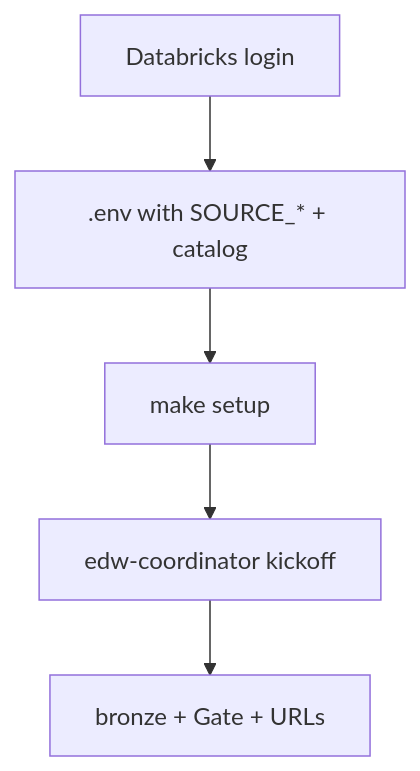
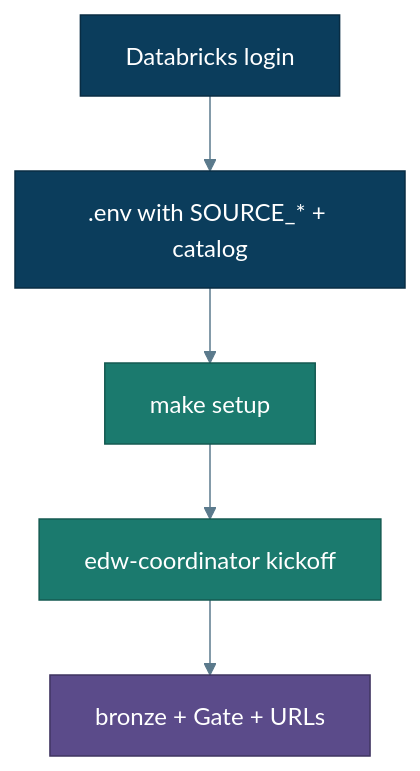
Before and after one commit to Jericho2010/edwmigration: the first of 2 diagrams in docs/your-database.md, drawn with Mermaid. The commit also changed other lines of this file and 25 other files, not shown here.

First line of the commit message:
Add enterprise SoD docs, themed diagrams, glossary, and Cursor UI guide.

````diff
--- a/docs/your-database.md
+++ b/docs/your-database.md
@@ -9,7 +9,14 @@
 ```mermaid
+%%{init: {"theme":"base","themeVariables":{"primaryColor":"#E8F1F8","primaryTextColor":"#0B3D5C","primaryBorderColor":"#0B3D5C","lineColor":"#5B7A8C","secondaryColor":"#E6F4F1","tertiaryColor":"#F7F3EA","background":"#FFFFFF","mainBkg":"#E8F1F8","clusterBkg":"#F7FAFC","clusterBorder":"#5B7A8C","titleColor":"#0B3D5C","edgeLabelBackground":"#FFFFFF"}}}%%
 flowchart TD
   Auth[Databricks login] --> Env[.env with SOURCE_* + catalog]
   Env --> Setup[make setup]
   Setup --> Agent[edw-coordinator kickoff]
   Agent --> Out[bronze + Gate + URLs]
+  classDef user fill:#0B3D5C,stroke:#082C43,color:#fff
+  classDef agent fill:#1B7A6E,stroke:#145A51,color:#fff
+  classDef ops fill:#5B4B8A,stroke:#3F3460,color:#fff
+  class Auth,Env user
+  class Setup,Agent agent
+  class Out ops
 ```
````
